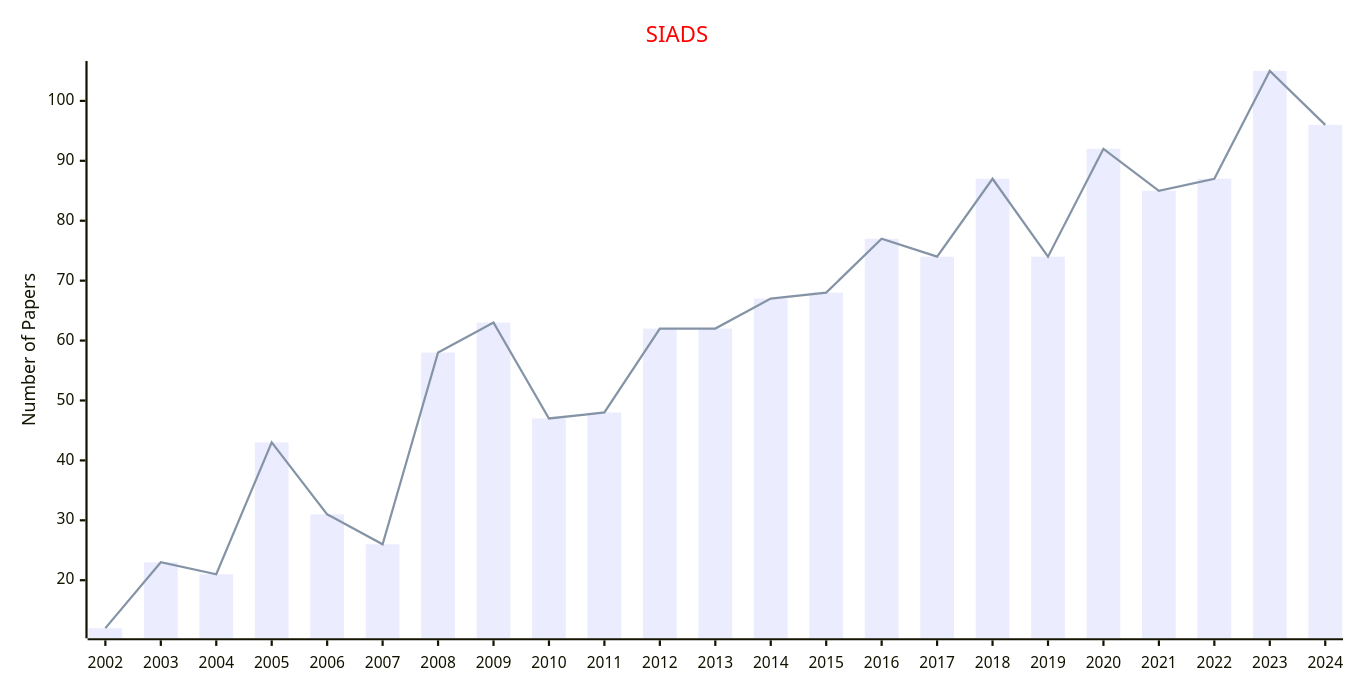
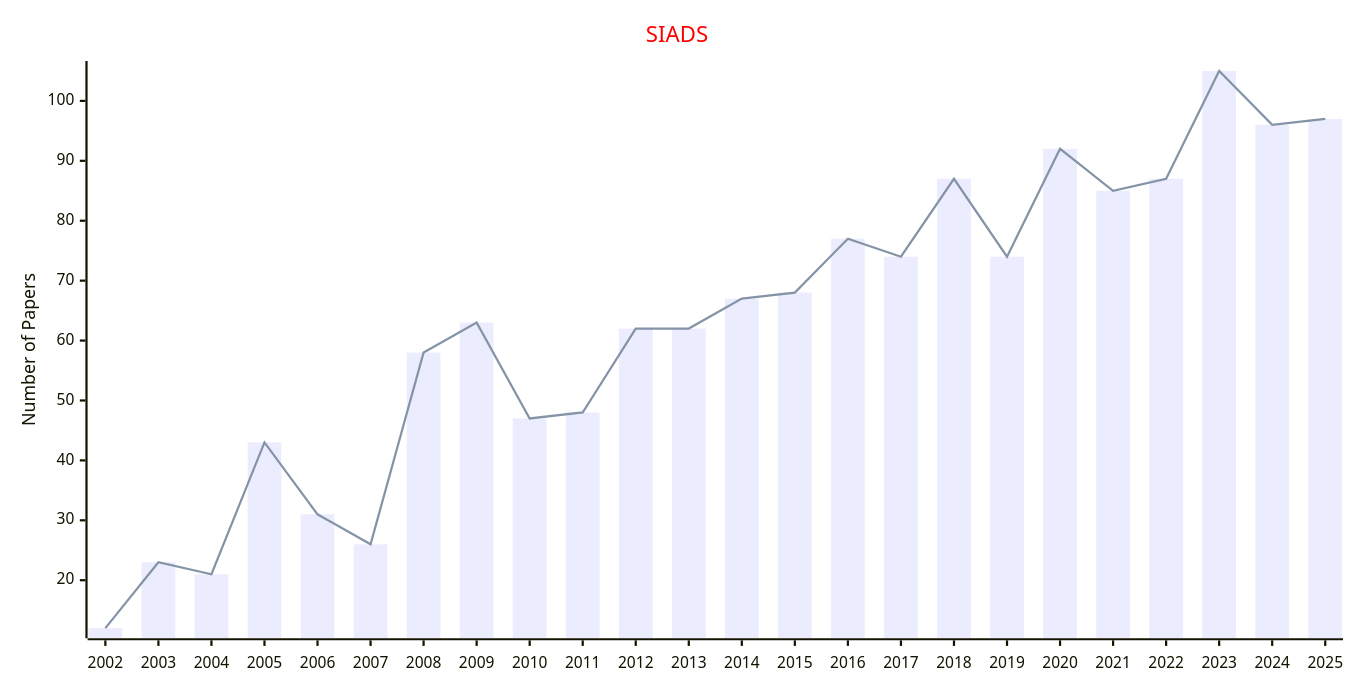
Before and after one commit to Easy-PhD/AILinks: the eighth of 20 diagrams in docs/data/Journals/Statistics_Journals/Mathematics.md, drawn with Mermaid. The commit also changed other lines of this file and 93 other files, not shown here.

````diff
--- a/docs/data/Journals/Statistics_Journals/Mathematics.md
+++ b/docs/data/Journals/Statistics_Journals/Mathematics.md
@@ -177,17 +177,17 @@
 ```mermaid
 ---
 config:
     xyChart:
         width: 1200
         height: 600
     themeVariables:
         xyChart:
             titleColor: "#ff0000"
 ---
 xychart-beta
     title "SIADS"
-    x-axis [2002, 2003, 2004, 2005, 2006, 2007, 2008, 2009, 2010, 2011, 2012, 2013, 2014, 2015, 2016, 2017, 2018, 2019, 2020, 2021, 2022, 2023, 2024]
+    x-axis [2002, 2003, 2004, 2005, 2006, 2007, 2008, 2009, 2010, 2011, 2012, 2013, 2014, 2015, 2016, 2017, 2018, 2019, 2020, 2021, 2022, 2023, 2024, 2025]
     y-axis "Number of Papers"
-    bar [12, 23, 21, 43, 31, 26, 58, 63, 47, 48, 62, 62, 67, 68, 77, 74, 87, 74, 92, 85, 87, 105, 96]
-    line [12, 23, 21, 43, 31, 26, 58, 63, 47, 48, 62, 62, 67, 68, 77, 74, 87, 74, 92, 85, 87, 105, 96]
+    bar [12, 23, 21, 43, 31, 26, 58, 63, 47, 48, 62, 62, 67, 68, 77, 74, 87, 74, 92, 85, 87, 105, 96, 97]
+    line [12, 23, 21, 43, 31, 26, 58, 63, 47, 48, 62, 62, 67, 68, 77, 74, 87, 74, 92, 85, 87, 105, 96, 97]
 ```
````
